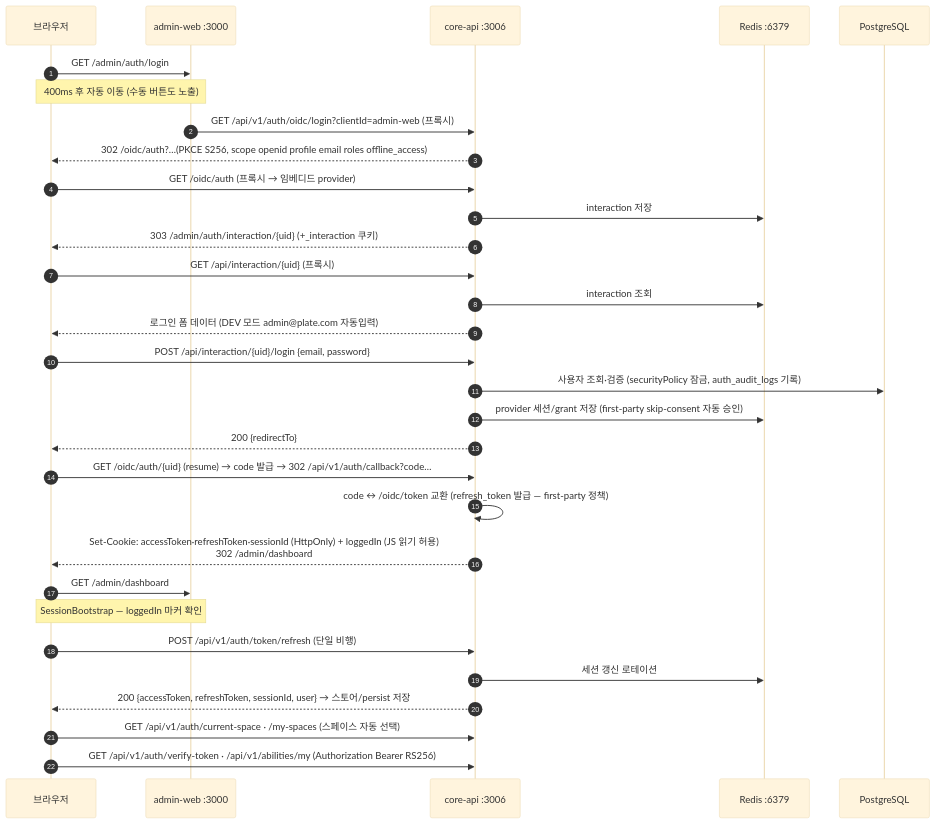
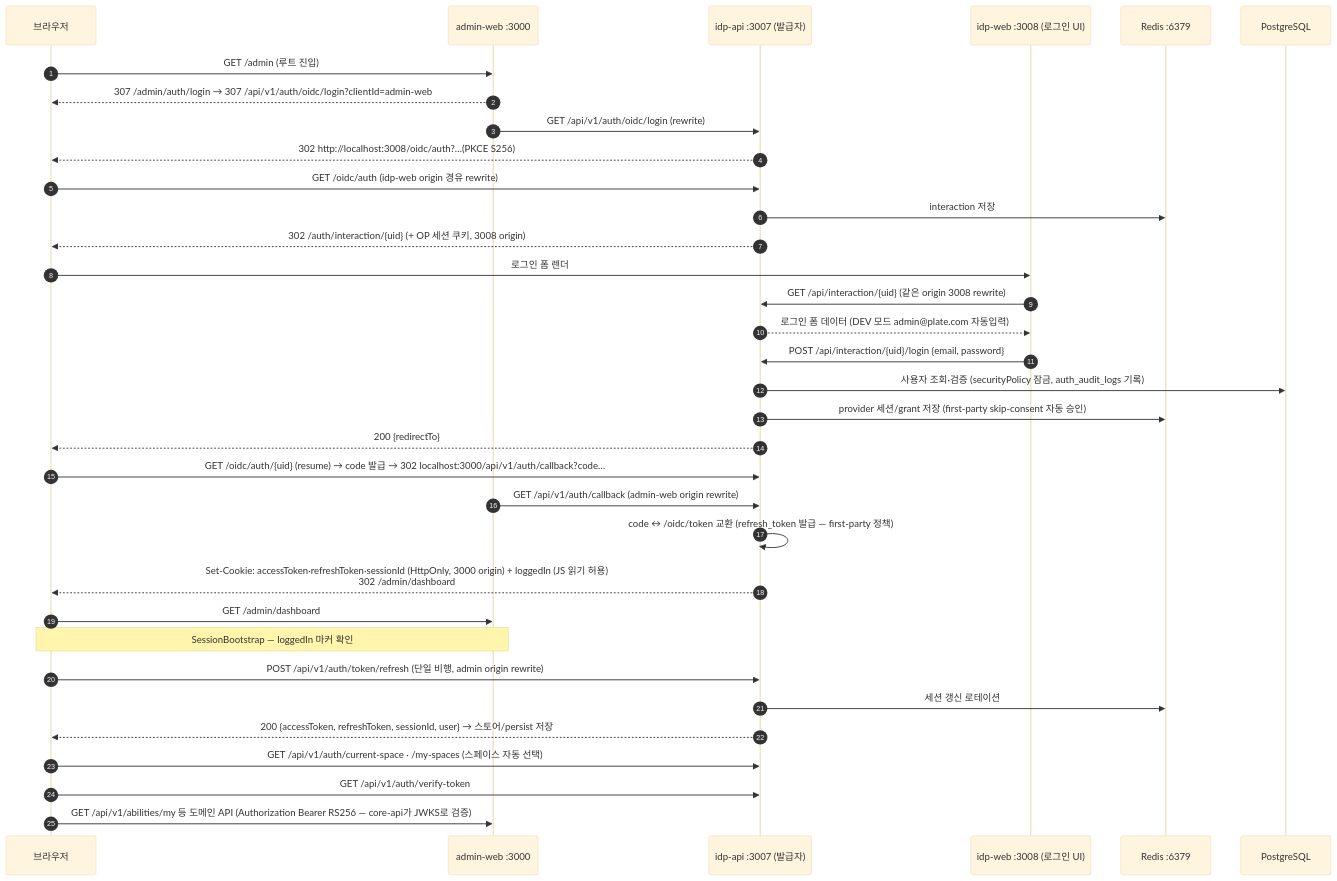
One commit to kimjoongwon/prj-core changed the second of 2 diagrams in docs/local-dev-environment.diagram.md. Above: the diagram before and after it, drawn with Mermaid (base theme). The commit also changed other lines of this file and 3 other files, not shown here.

````diff
--- a/docs/local-dev-environment.diagram.md
+++ b/docs/local-dev-environment.diagram.md
@@ -53,34 +68,37 @@
 ```mermaid
 sequenceDiagram
     autonumber
     participant B as 브라우저
     participant W as admin-web :3000
-    participant A as core-api :3006
+    participant I as idp-api :3007 (발급자)
+    participant U as idp-web :3008 (로그인 UI)
     participant R as Redis :6379
     participant D as PostgreSQL
 
-    B->>W: GET /admin/auth/login
-    Note over B,W: 400ms 후 자동 이동 (수동 버튼도 노출)
-    W->>A: GET /api/v1/auth/oidc/login?clientId=admin-web (프록시)
-    A-->>B: 302 /oidc/auth?…(PKCE S256, scope openid profile email roles offline_access)
-    B->>A: GET /oidc/auth (프록시 → 임베디드 provider)
-    A->>R: interaction 저장
-    A-->>B: 303 /admin/auth/interaction/{uid} (+_interaction 쿠키)
-    B->>A: GET /api/interaction/{uid} (프록시)
-    A->>R: interaction 조회
-    A-->>B: 로그인 폼 데이터 (DEV 모드 admin@plate.com 자동입력)
-    B->>A: POST /api/interaction/{uid}/login {email, password}
-    A->>D: 사용자 조회·검증 (securityPolicy 잠금, auth_audit_logs 기록)
-    A->>R: provider 세션/grant 저장 (first-party skip-consent 자동 승인)
-    A-->>B: 200 {redirectTo}
-    B->>A: GET /oidc/auth/{uid} (resume) → code 발급 → 302 /api/v1/auth/callback?code…
-    A->>A: code ↔ /oidc/token 교환 (refresh_token 발급 — first-party 정책)
-    A-->>B: Set-Cookie: accessToken·refreshToken·sessionId (HttpOnly) + loggedIn (JS 읽기 허용)<br/>302 /admin/dashboard
+    B->>W: GET /admin (루트 진입)
+    W-->>B: 307 /admin/auth/login → 307 /api/v1/auth/oidc/login?clientId=admin-web
+    W->>I: GET /api/v1/auth/oidc/login (rewrite)
+    I-->>B: 302 http://localhost:3008/oidc/auth?…(PKCE S256)
+    B->>I: GET /oidc/auth (idp-web origin 경유 rewrite)
+    I->>R: interaction 저장
+    I-->>B: 302 /auth/interaction/{uid} (+ OP 세션 쿠키, 3008 origin)
+    B->>U: 로그인 폼 렌더
+    U->>I: GET /api/interaction/{uid} (같은 origin 3008 rewrite)
+    I-->>U: 로그인 폼 데이터 (DEV 모드 admin@plate.com 자동입력)
+    U->>I: POST /api/interaction/{uid}/login {email, password}
+    I->>D: 사용자 조회·검증 (securityPolicy 잠금, auth_audit_logs 기록)
+    I->>R: provider 세션/grant 저장 (first-party skip-consent 자동 승인)
+    I-->>B: 200 {redirectTo}
+    B->>I: GET /oidc/auth/{uid} (resume) → code 발급 → 302 localhost:3000/api/v1/auth/callback?code…
+    W->>I: GET /api/v1/auth/callback (admin-web origin rewrite)
+    I->>I: code ↔ /oidc/token 교환 (refresh_token 발급 — first-party 정책)
+    I-->>B: Set-Cookie: accessToken·refreshToken·sessionId (HttpOnly, 3000 origin) + loggedIn (JS 읽기 허용)<br/>302 /admin/dashboard
     B->>W: GET /admin/dashboard
     Note over B,W: SessionBootstrap — loggedIn 마커 확인
-    B->>A: POST /api/v1/auth/token/refresh (단일 비행)
-    A->>R: 세션 갱신 로테이션
-    A-->>B: 200 {accessToken, refreshToken, sessionId, user} → 스토어/persist 저장
-    B->>A: GET /api/v1/auth/current-space · /my-spaces (스페이스 자동 선택)
-    B->>A: GET /api/v1/auth/verify-token · /api/v1/abilities/my (Authorization Bearer RS256)
+    B->>I: POST /api/v1/auth/token/refresh (단일 비행, admin origin rewrite)
+    I->>R: 세션 갱신 로테이션
+    I-->>B: 200 {accessToken, refreshToken, sessionId, user} → 스토어/persist 저장
+    B->>I: GET /api/v1/auth/current-space · /my-spaces (스페이스 자동 선택)
+    B->>I: GET /api/v1/auth/verify-token
+    B->>W: GET /api/v1/abilities/my 등 도메인 API (Authorization Bearer RS256 — core-api가 JWKS로 검증)
 ```
````
